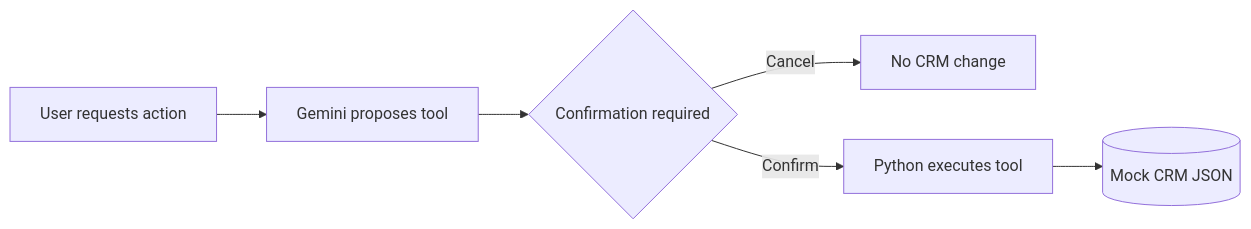
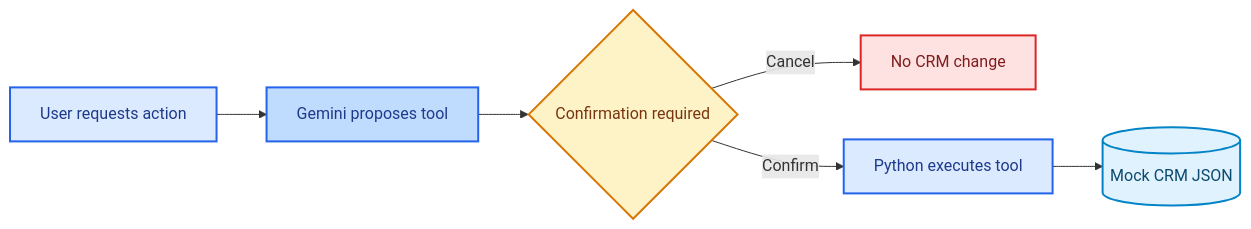
One commit to VibhutiChoubisa/nexcell-ai-operator changed the second of 2 diagrams in README.md. Above: the diagram before and after it, drawn with Mermaid. The commit also changed other lines of this file, not shown here.

````diff
--- a/README.md
+++ b/README.md
@@ -59,8 +97,23 @@
 ```mermaid
 flowchart LR
     R[User requests action] --> P[Gemini proposes tool]
     P --> C{Confirmation required}
+
     C -->|Cancel| N[No CRM change]
     C -->|Confirm| E[Python executes tool]
     E --> D[(Mock CRM JSON)]
+
+    classDef request fill:#dbeafe,stroke:#2563eb,stroke-width:2px,color:#1e3a8a;
+    classDef model fill:#bfdbfe,stroke:#2563eb,stroke-width:2px,color:#1e3a8a;
+    classDef safety fill:#fef3c7,stroke:#d97706,stroke-width:2px,color:#78350f;
+    classDef cancel fill:#fee2e2,stroke:#dc2626,stroke-width:2px,color:#7f1d1d;
+    classDef execute fill:#dbeafe,stroke:#2563eb,stroke-width:2px,color:#1e3a8a;
+    classDef data fill:#e0f2fe,stroke:#0284c7,stroke-width:2px,color:#0c4a6e;
+
+    class R request;
+    class P model;
+    class C safety;
+    class N cancel;
+    class E execute;
+    class D data;
 ```
````
